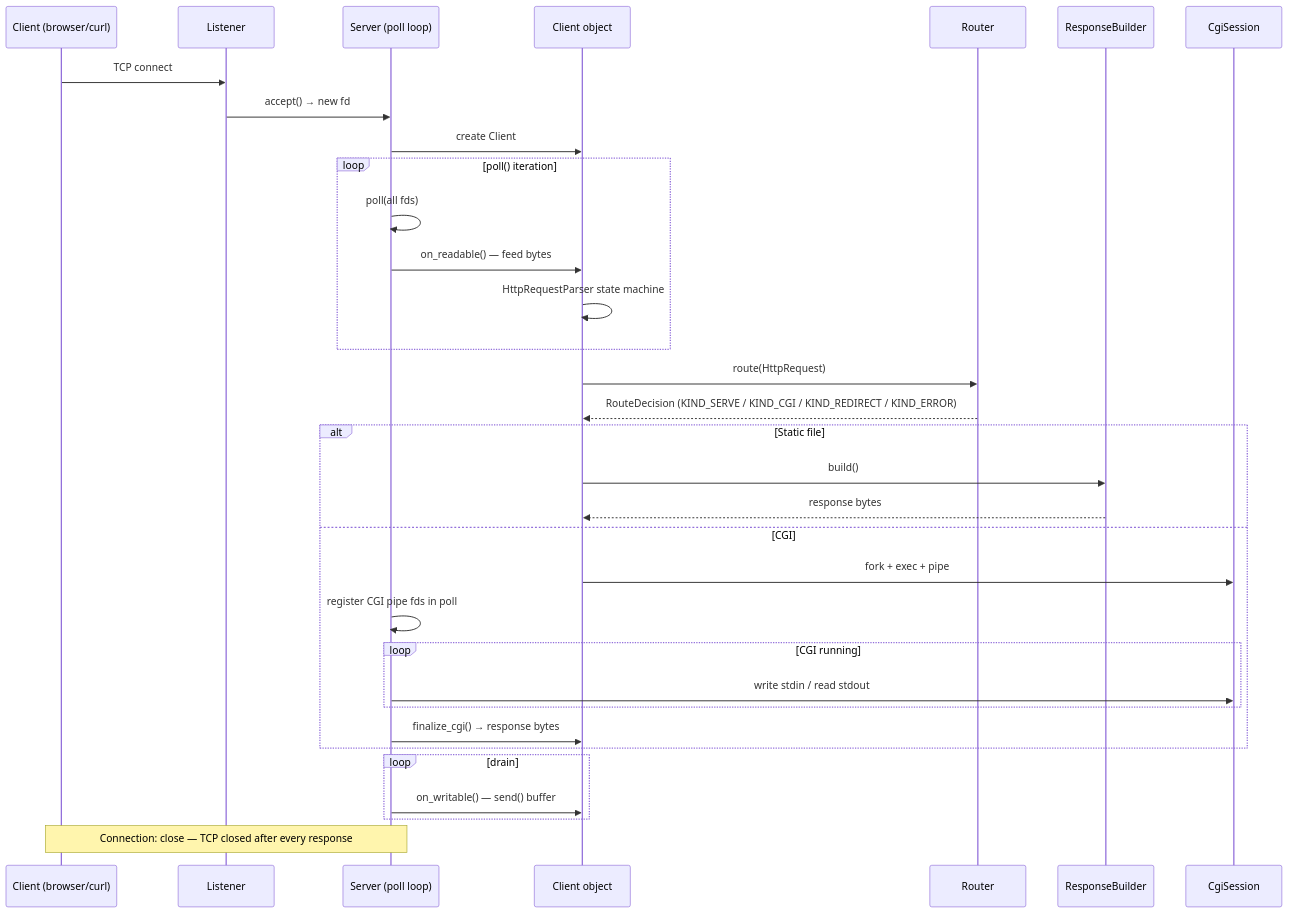
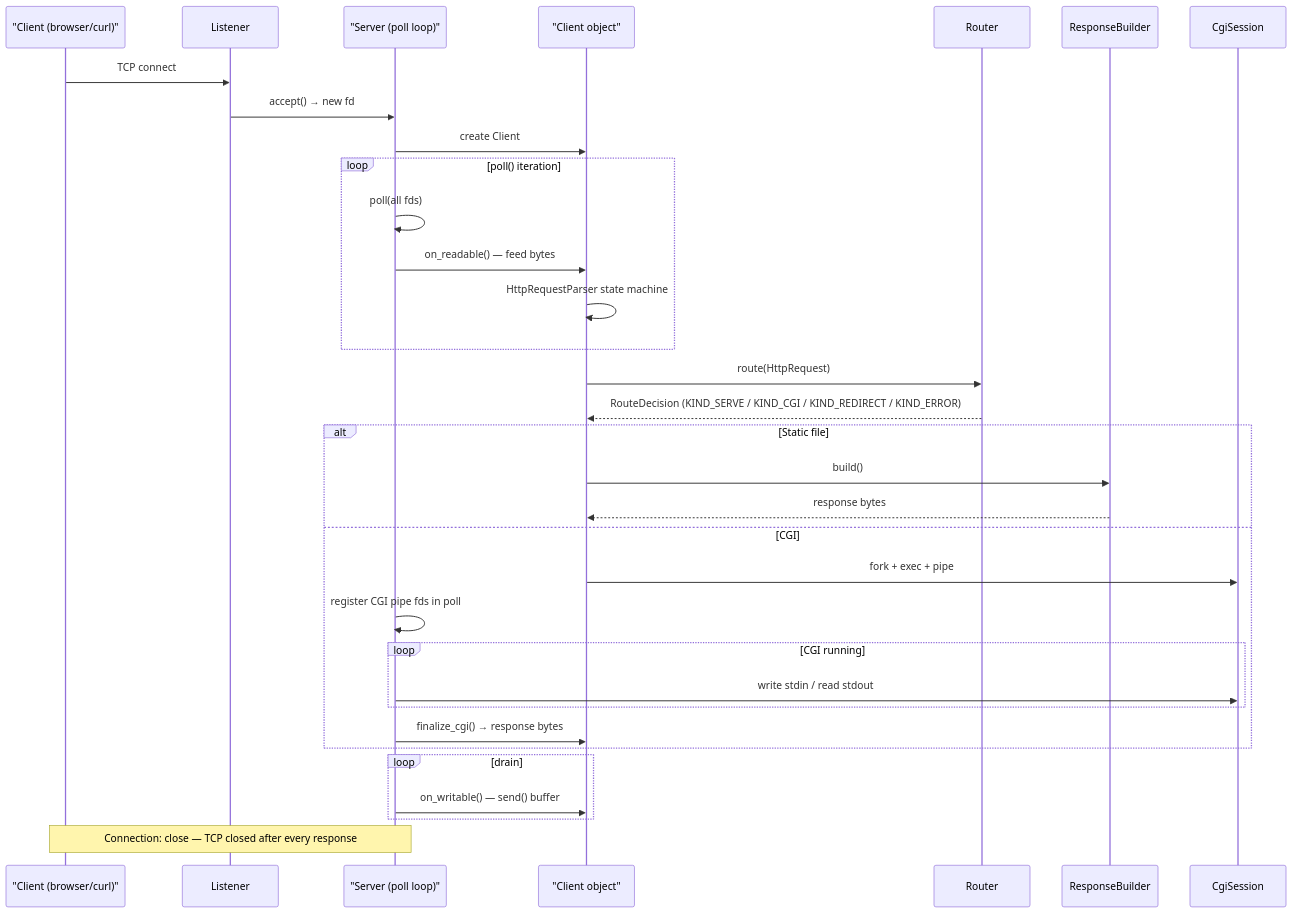
Before and after one commit to Ghazaleh-ans/webserv: the first of 8 diagrams in README.md, drawn with Mermaid. The commit also changed other lines of this file, not shown here.

Commit message:
refactor: refactor README

````diff
--- a/README.md
+++ b/README.md
@@ -61,40 +61,40 @@
 ```mermaid
 sequenceDiagram
-    participant C as Client (browser/curl)
+    participant C as "Client (browser/curl)"
     participant L as Listener
-    participant S as Server (poll loop)
-    participant Cl as Client object
+    participant S as "Server (poll loop)"
+    participant Cl as "Client object"
     participant R as Router
     participant RB as ResponseBuilder
     participant CGI as CgiSession
 
     C->>L: TCP connect
     L->>S: accept() → new fd
     S->>Cl: create Client
 
     loop poll() iteration
         S->>S: poll(all fds)
         S->>Cl: on_readable() — feed bytes
         Cl->>Cl: HttpRequestParser state machine
     end
 
     Cl->>R: route(HttpRequest)
     R-->>Cl: RouteDecision (KIND_SERVE / KIND_CGI / KIND_REDIRECT / KIND_ERROR)
 
     alt Static file
         Cl->>RB: build()
         RB-->>Cl: response bytes
     else CGI
         Cl->>CGI: fork + exec + pipe
         S->>S: register CGI pipe fds in poll
         loop CGI running
             S->>CGI: write stdin / read stdout
         end
         S->>Cl: finalize_cgi() → response bytes
     end
 
     loop drain
         S->>Cl: on_writable() — send() buffer
     end
     Note over C,S: Connection: close — TCP closed after every response
 ```
````
